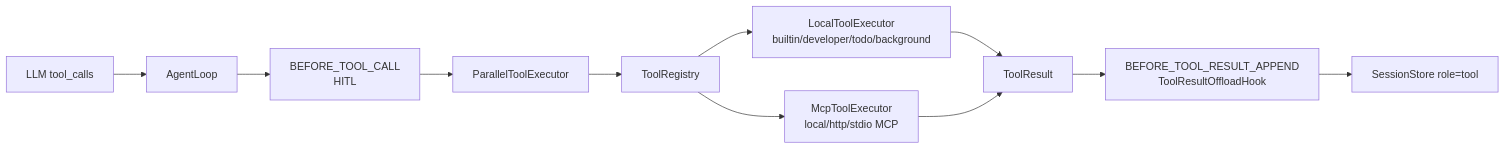
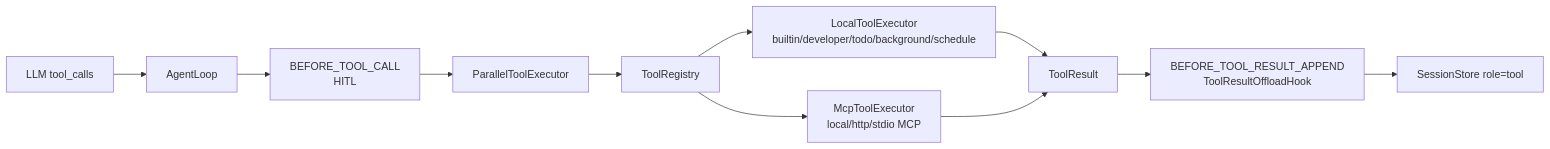
One commit to yangzhb-cn/aster changed the third of 6 diagrams in docs/ai-readme/generated/architecture.md. Above: the diagram before and after it, drawn with Mermaid. The commit also changed other lines of this file and 42 other files, not shown here.

````diff
--- a/docs/ai-readme/generated/architecture.md
+++ b/docs/ai-readme/generated/architecture.md
@@ -92,13 +96,13 @@
 ```mermaid
 flowchart LR
     LLM["LLM tool_calls"] --> Loop["AgentLoop"]
     Loop --> Approval["BEFORE_TOOL_CALL\nHITL"]
     Approval --> Executor["ParallelToolExecutor"]
     Executor --> Registry["ToolRegistry"]
-    Registry --> Local["LocalToolExecutor\nbuiltin/developer/todo/background"]
+    Registry --> Local["LocalToolExecutor\nbuiltin/developer/todo/background/schedule"]
     Registry --> MCP["McpToolExecutor\nlocal/http/stdio MCP"]
     Local --> Result["ToolResult"]
     MCP --> Result
     Result --> Offload["BEFORE_TOOL_RESULT_APPEND\nToolResultOffloadHook"]
     Offload --> Session["SessionStore role=tool"]
 ```
````
